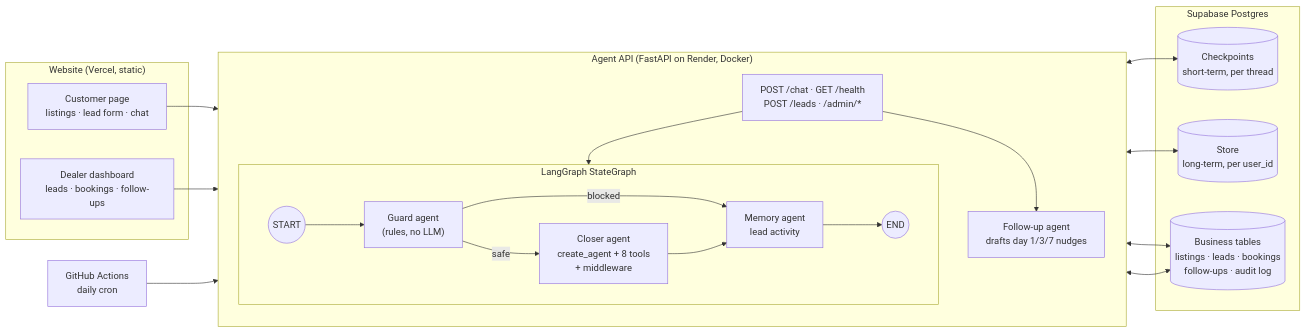
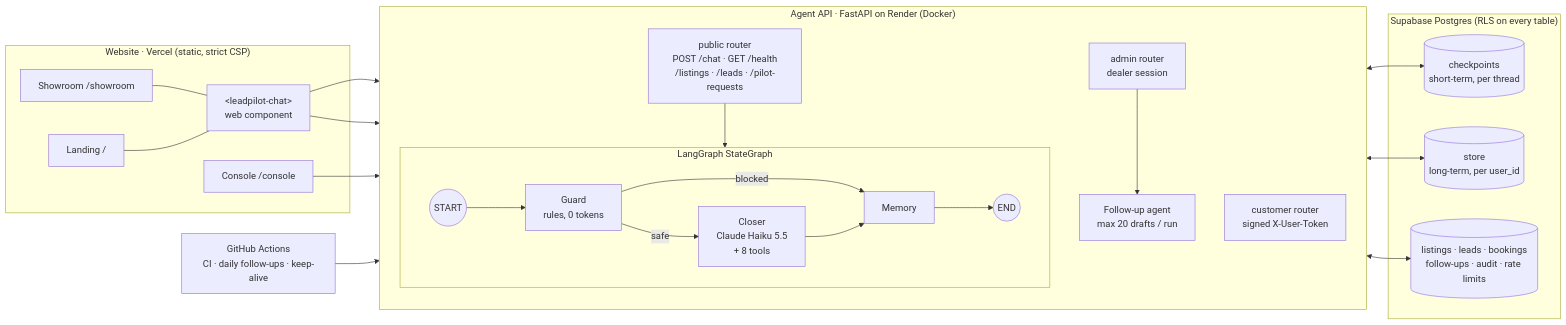
Before and after one commit to syedhassan13/leadpilot-dealcloser: the diagram in README.md, drawn with Mermaid. The commit also changed other lines of this file and 14 other files, not shown here.

First line of the commit message:
README and screenshots for LeadPilot v2

````diff
--- a/README.md
+++ b/README.md
@@ -34,34 +54,40 @@
 ```mermaid
 flowchart LR
-  subgraph Web["Website (Vercel, static)"]
-    C["Customer page<br/>listings · lead form · chat"]
-    A["Dealer dashboard<br/>leads · bookings · follow-ups"]
+  subgraph Web["Website · Vercel (static, strict CSP)"]
+    L["Landing /"]
+    SR["Showroom /showroom"]
+    CO["Console /console"]
+    WG["&lt;leadpilot-chat&gt;<br/>web component"]
+    SR --- WG
+    L --- WG
   end
-  subgraph API["Agent API (FastAPI on Render, Docker)"]
+  subgraph API["Agent API · FastAPI on Render (Docker)"]
     direction TB
-    EP["POST /chat · GET /health<br/>POST /leads · /admin/*"]
+    R1["public router<br/>POST /chat · GET /health<br/>/listings · /leads · /pilot-requests"]
+    R2["customer router<br/>signed X-User-Token"]
+    R3["admin router<br/>dealer session"]
     subgraph G["LangGraph StateGraph"]
       direction LR
-      S((START)) --> GU["Guard agent<br/>(rules, no LLM)"]
-      GU -- safe --> CL["Closer agent<br/>create_agent + 8 tools<br/>+ middleware"]
+      S((START)) --> GU["Guard<br/>rules, 0 tokens"]
+      GU -- safe --> CL["Closer<br/>Claude Haiku 5.5<br/>+ 8 tools"]
       GU -- blocked --> ME
-      CL --> ME["Memory agent<br/>lead activity"]
+      CL --> ME["Memory"]
       ME --> E((END))
     end
-    FU["Follow-up agent<br/>drafts day 1/3/7 nudges"]
-    EP --> G
-    EP --> FU
+    FU["Follow-up agent<br/>max 20 drafts / run"]
+    R1 --> G
+    R3 --> FU
   end
-  subgraph DB["Supabase Postgres"]
-    CK[("Checkpoints<br/>short-term, per thread")]
-    ST[("Store<br/>long-term, per user_id")]
-    BT[("Business tables<br/>listings · leads · bookings<br/>follow-ups · audit log")]
+  subgraph DB["Supabase Postgres (RLS on every table)"]
+    CK[("checkpoints<br/>short-term, per thread")]
+    ST[("store<br/>long-term, per user_id")]
+    BT[("listings · leads · bookings<br/>follow-ups · audit · rate limits")]
   end
-  C --> EP
-  A --> EP
+  WG --> R1
+  WG --> R2
+  CO --> R3
   G <--> CK
   G <--> ST
   CL <--> BT
-  FU <--> BT
-  GH["GitHub Actions<br/>daily cron"] --> FU
+  GH["GitHub Actions<br/>CI · daily follow-ups · keep-alive"] --> API
 ```
````
